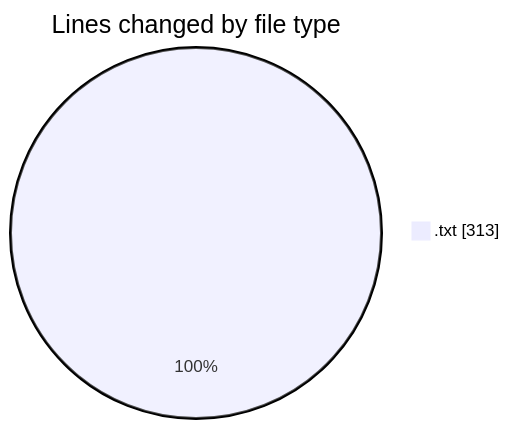
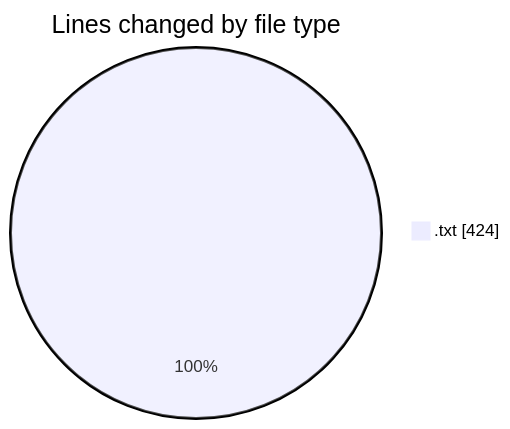
The first of 2 diagrams in 2025-06-18/documents/README.md (Ritupan-Deka/code-tracking), drawn with Mermaid before and after one commit. The commit also changed other lines of this file and 1 other file, not shown here.

````diff
--- a/2025-06-18/documents/README.md
+++ b/2025-06-18/documents/README.md
@@ -22,5 +22,5 @@
 ```mermaid
 pie showData
 title Lines changed by file type
-".txt" : 313
+".txt" : 424
 ```
````
